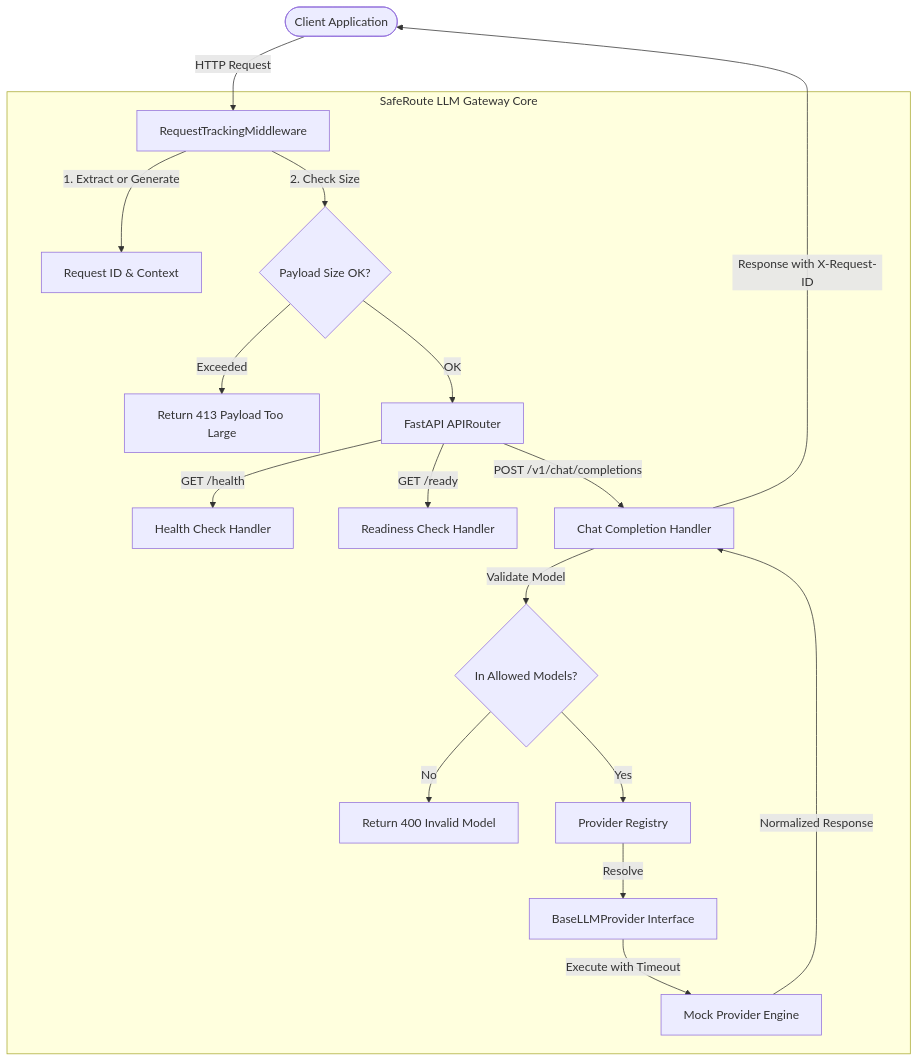
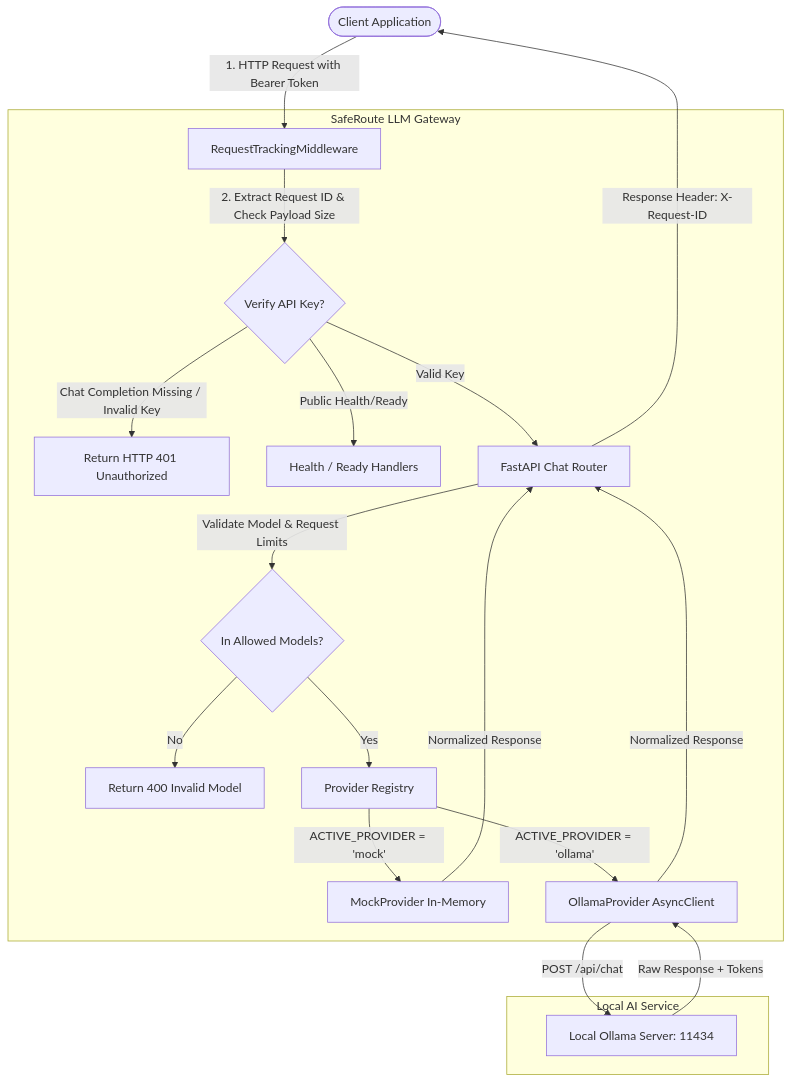
Before and after one commit to Mohammad-Fahim05/SafeRoute-LLM-Gateway: the diagram in README.md, drawn with Mermaid. The commit also changed other lines of this file and 16 other files, not shown here.

Commit message:
Phase 2: Client API-key authentication and Ollama provider adapter

````diff
--- a/README.md
+++ b/README.md
@@ -55,25 +81,28 @@
 ```mermaid
 flowchart TD
-    Client([Client Application]) -->|HTTP Request| Middleware[RequestTrackingMiddleware]
+    Client([Client Application]) -->|1. HTTP Request with Bearer Token| Middleware[RequestTrackingMiddleware]
     
-    subgraph Gateway Core [SafeRoute LLM Gateway Core]
-        Middleware -->|1. Extract or Generate| ReqID[Request ID & Context]
-        Middleware -->|2. Check Size| SizeLimit{Payload Size OK?}
-        SizeLimit -- Exceeded --> 413[Return 413 Payload Too Large]
-        SizeLimit -- OK --> Router[FastAPI APIRouter]
+    subgraph Gateway Core [SafeRoute LLM Gateway]
+        Middleware -->|2. Extract Request ID & Check Payload Size| AuthCheck{Verify API Key?}
         
-        Router -->|GET /health| HealthHandler[Health Check Handler]
-        Router -->|GET /ready| ReadyHandler[Readiness Check Handler]
-        Router -->|POST /v1/chat/completions| ChatHandler[Chat Completion Handler]
+        AuthCheck -- Public Health/Ready --> RouteDirect[Health / Ready Handlers]
+        AuthCheck -- Chat Completion Missing / Invalid Key --> 401[Return HTTP 401 Unauthorized]
+        AuthCheck -- Valid Key --> Router[FastAPI Chat Router]
         
-        ChatHandler -->|Validate Model| Allowlist{In Allowed Models?}
+        Router -->|Validate Model & Request Limits| Allowlist{In Allowed Models?}
         Allowlist -- No --> 400Model[Return 400 Invalid Model]
         Allowlist -- Yes --> ProviderRegistry[Provider Registry]
         
-        ProviderRegistry -->|Resolve| ProviderInterface[BaseLLMProvider Interface]
-        ProviderInterface -->|Execute with Timeout| MockProvider[Mock Provider Engine]
+        ProviderRegistry -->|ACTIVE_PROVIDER = 'mock'| MockEngine[MockProvider In-Memory]
+        ProviderRegistry -->|ACTIVE_PROVIDER = 'ollama'| OllamaEngine[OllamaProvider AsyncClient]
     end
 
-    MockProvider -->|Normalized Response| ChatHandler
-    ChatHandler -->|Response with X-Request-ID| Client
+    subgraph Upstream [Local AI Service]
+        OllamaEngine -->|POST /api/chat| OllamaService[Local Ollama Server: 11434]
+        OllamaService -->|Raw Response + Tokens| OllamaEngine
+    end
+
+    MockEngine -->|Normalized Response| Router
+    OllamaEngine -->|Normalized Response| Router
+    Router -->|Response Header: X-Request-ID| Client
 ```
````
